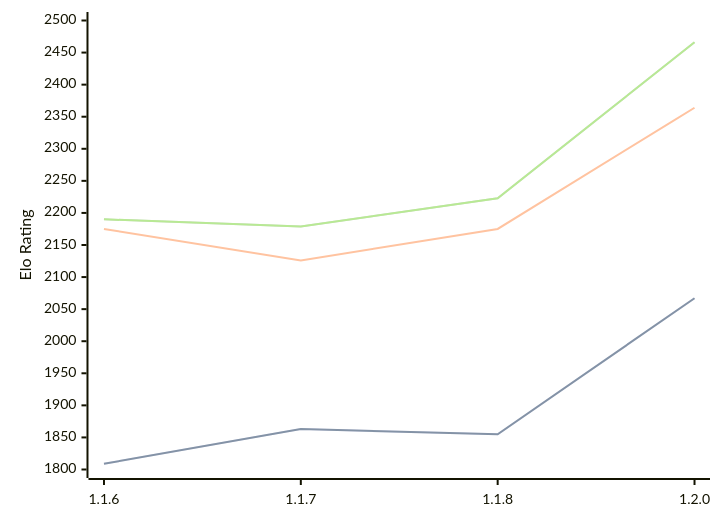
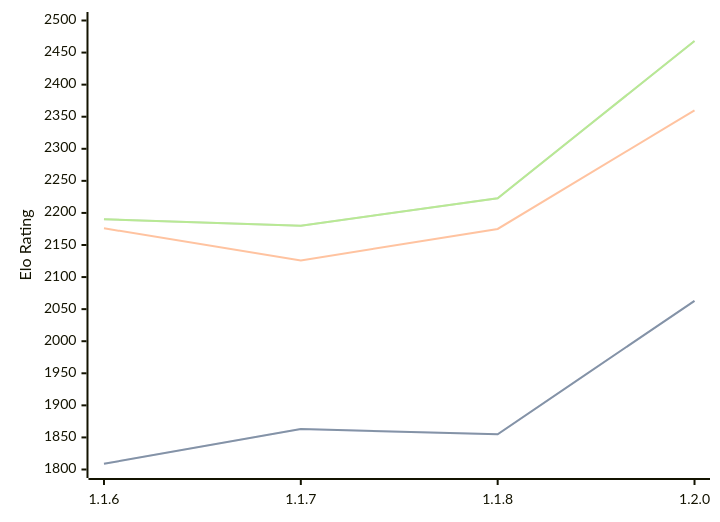
Before and after one commit to computer-chess-index/cci: the diagram in engines/Soomi.md, drawn with Mermaid. The commit also changed other lines of this file, not shown here.

Commit message:
Update CCI Ratings (ELO VLTC) - 2026-04-02

````diff
--- a/engines/Soomi.md
+++ b/engines/Soomi.md
@@ -34,11 +34,11 @@
 ```mermaid
 %%{init: {"theme":"base","themeVariables":{"seriesColors:['#a3a3a3','#222221','#faa371']}}}%%
 xychart-beta
   x-axis ["1.1.6", "1.1.7", "1.1.8", "1.2.0"]
   y-axis "Elo Rating" 1800 --> 2500
-  line "STC (8.0+0.08s)" [1809, 1863, 1855, 2067]
-  line "STC (8.0+0.08s)" [1809, 1863, 1855, 2067]
-  line "LTC (60.0+0.60s)" [2175, 2126, 2175, 2364]
-  line "VLTC (2m24s+1.12s)" [2190, 2179, 2223, 2466]
-  line "VLTC (2m24s+1.12s)" [2190, 2179, 2223, 2466]
+  line "STC (8.0+0.08s)" [1809, 1863, 1855, 2063]
+  line "STC (8.0+0.08s)" [1809, 1863, 1855, 2063]
+  line "LTC (60.0+0.60s)" [2176, 2126, 2175, 2360]
+  line "VLTC (2m24s+1.12s)" [2190, 2180, 2223, 2468]
+  line "VLTC (2m24s+1.12s)" [2190, 2180, 2223, 2468]
 ```
````
